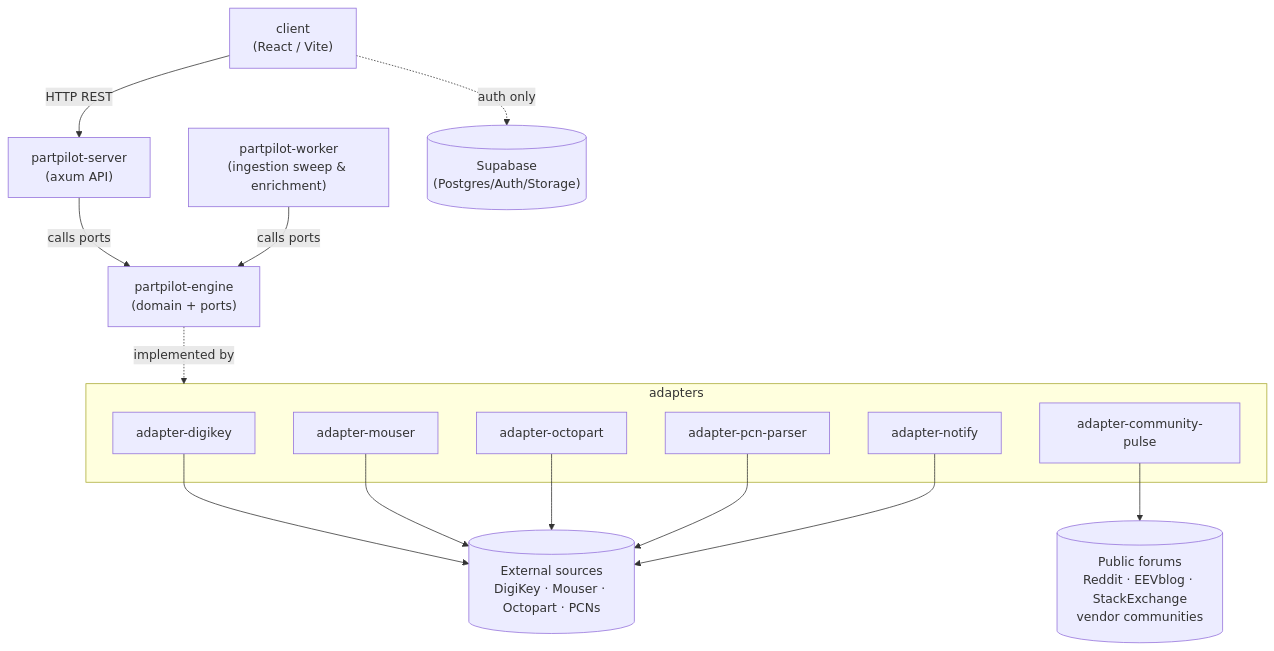
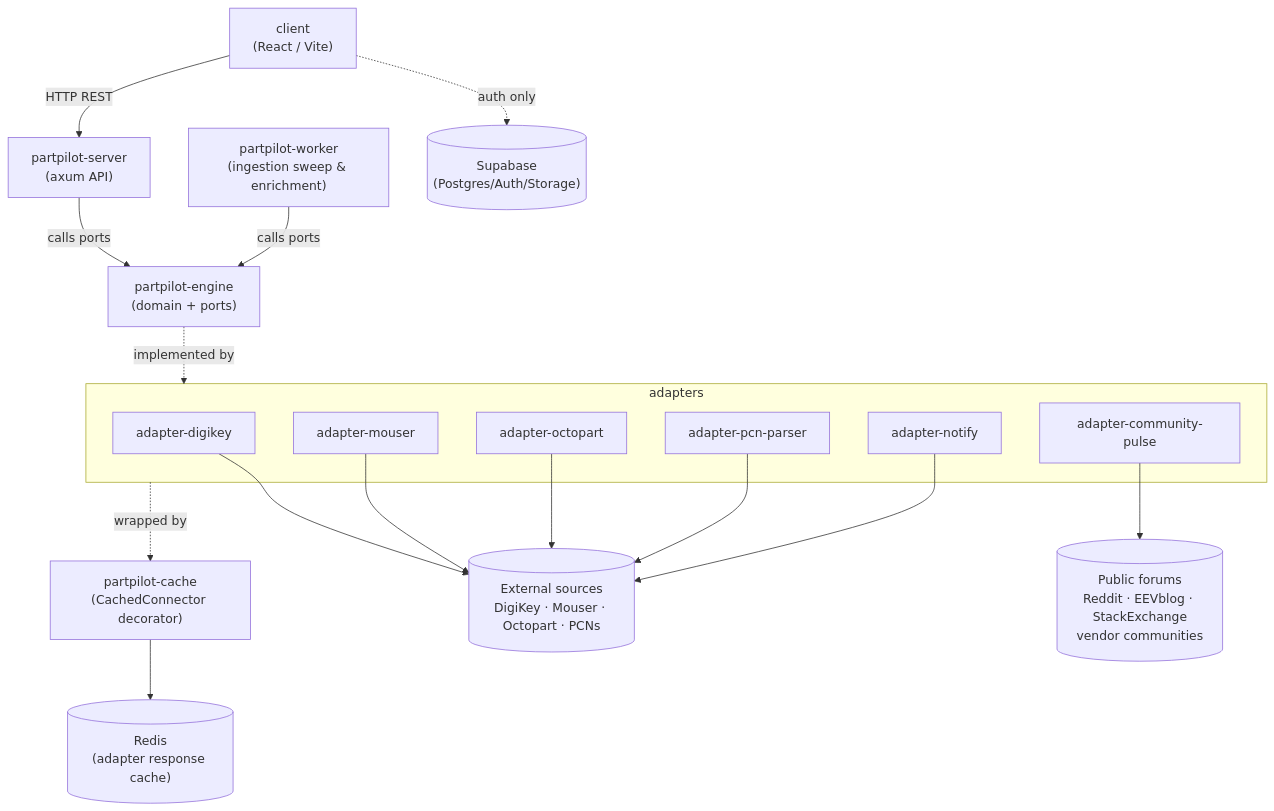
The diagram in README.md (partpilot-in/partpilot), drawn with Mermaid before and after one commit. The commit also changed other lines of this file and 1 other file, not shown here.

First line of the commit message:
Add Redis-backed response cache docs/config

````diff
--- a/README.md
+++ b/README.md
@@ -9,34 +9,39 @@
 ```mermaid
 graph TD
     Client["client<br/>(React / Vite)"]
     Server["partpilot-server<br/>(axum API)"]
     Engine["partpilot-engine<br/>(domain + ports)"]
     Worker["partpilot-worker<br/>(ingestion sweep & enrichment)"]
 
     subgraph Adapters["adapters"]
         DigiKey["adapter-digikey"]
         Mouser["adapter-mouser"]
         Octopart["adapter-octopart"]
         PCN["adapter-pcn-parser"]
         Notify["adapter-notify"]
         CommunityPulse["adapter-community-pulse"]
     end
 
+    Cache["partpilot-cache<br/>(CachedConnector decorator)"]
+
     Supabase[("Supabase\n(Postgres/Auth/Storage)")]
+    Redis[("Redis\n(adapter response cache)")]
     External[("External sources\nDigiKey · Mouser · Octopart · PCNs")]
     Forums[("Public forums\nReddit · EEVblog · StackExchange\nvendor communities")]
 
     Client -->|HTTP REST| Server
     Server -->|calls ports| Engine
     Worker -->|calls ports| Engine
     Engine -.->|implemented by| Adapters
+    Adapters -.->|wrapped by| Cache
+    Cache --> Redis
 
     DigiKey --> External
     Mouser --> External
     Octopart --> External
     PCN --> External
     Notify --> External
     CommunityPulse --> Forums
 
     Client -.->|auth only| Supabase
 ```
````
